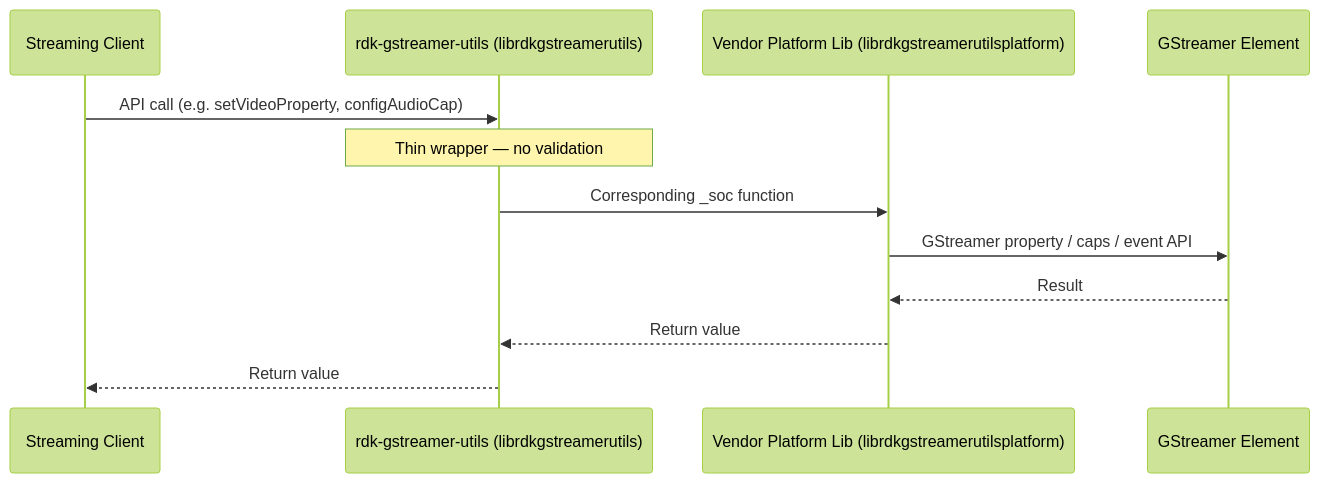
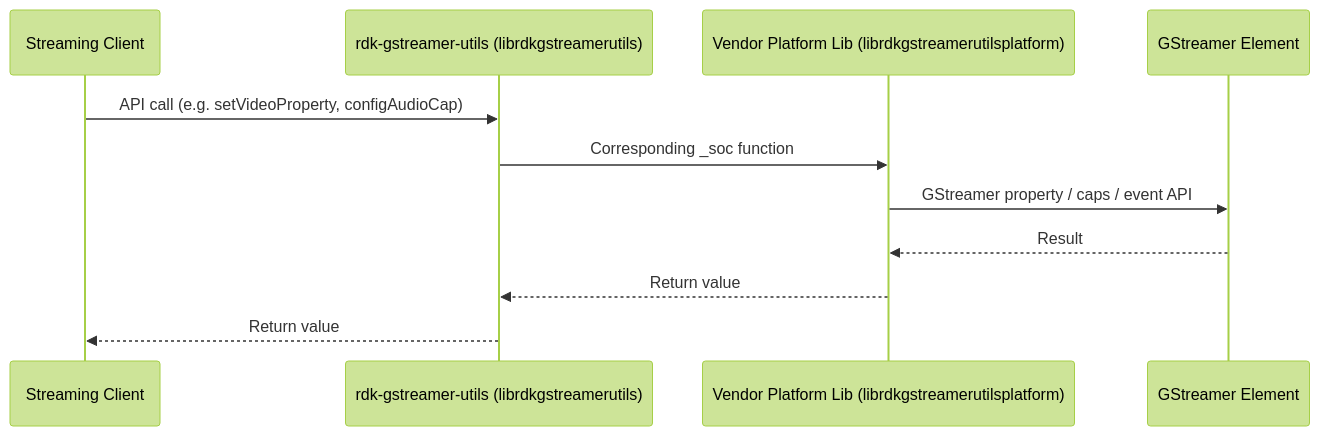
Before and after one commit to rns21/RDK_Documentation: the sixth of 8 diagrams in docs/docu/RDKV-Documentations/rdkgstreamer-utils.md, drawn with Mermaid (forest theme). The commit also changed other lines of this file, not shown here.

Commit message:
Clarify RDK GStreamer Utils documentation

````diff
--- a/docs/docu/RDKV-Documentations/rdkgstreamer-utils.md
+++ b/docs/docu/RDKV-Documentations/rdkgstreamer-utils.md
@@ -258,15 +260,14 @@
 ```mermaid
 sequenceDiagram
     participant Client as Streaming Client
-    participant RGU as rdk-gstreamer-utils (librdkgstreamerutils)
+    participant RGU as rdk-gstreamer-utils  (librdkgstreamerutils)
     participant SOC as Vendor Platform Lib (librdkgstreamerutilsplatform)
     participant GstEl as GStreamer Element
 
     Client->>RGU: API call (e.g. setVideoProperty, configAudioCap)
-    Note over RGU: Thin wrapper — no validation
     RGU->>SOC: Corresponding _soc function
     SOC->>GstEl: GStreamer property / caps / event API
     GstEl-->>SOC: Result
     SOC-->>RGU: Return value
     RGU-->>Client: Return value
 ```
````
